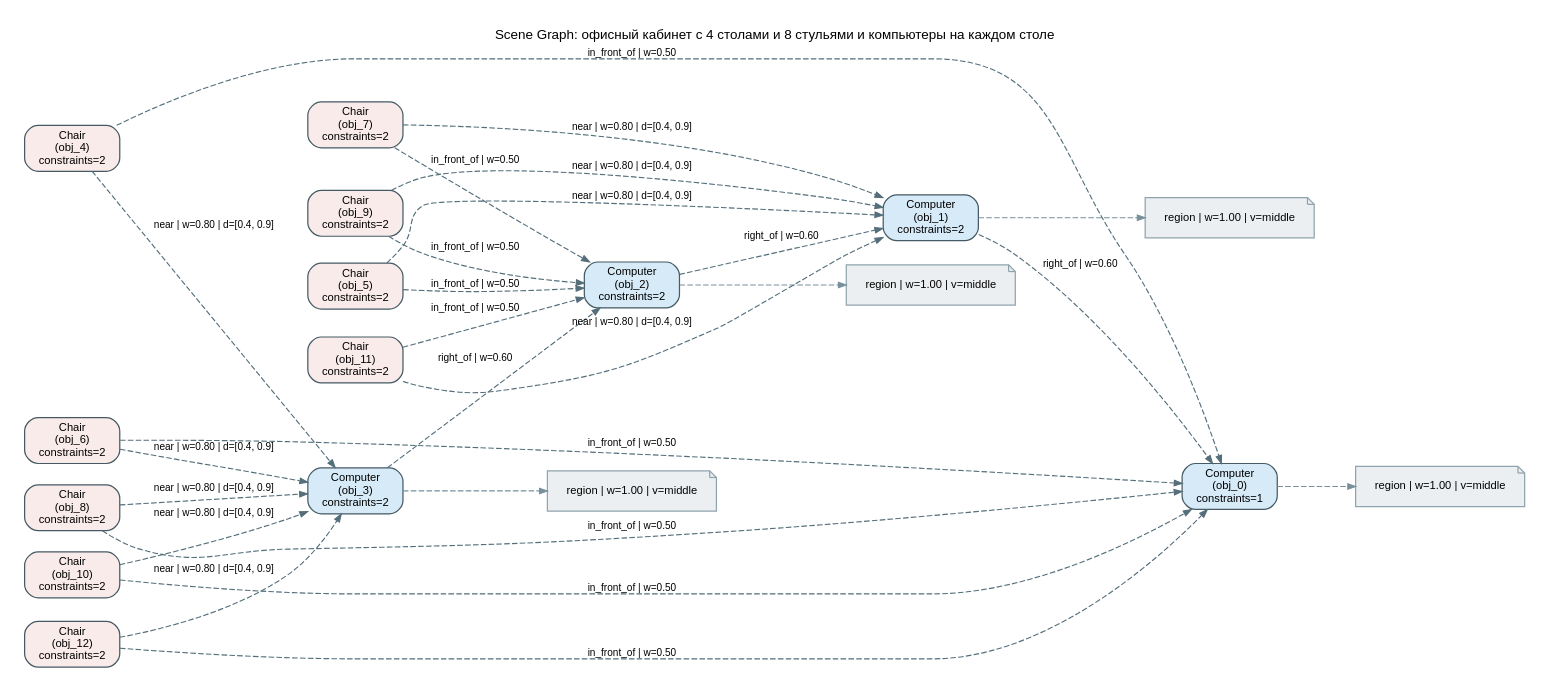
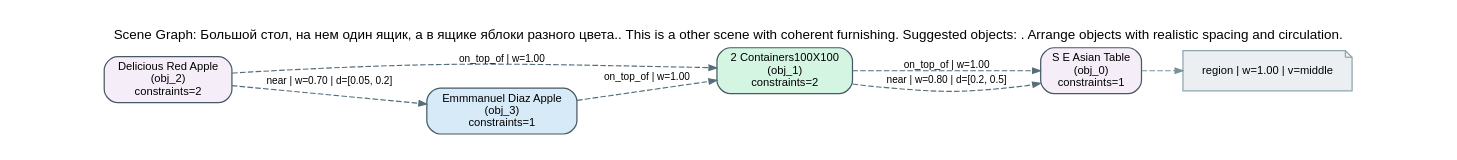
Before and after one commit to sakin153/Master_diploma_thesis: the diagram in scene_graph_latest_viz.dot, drawn with Graphviz. The commit also changed 161 other files, not shown here.

```diff
--- a/scene_graph_latest_viz.dot
+++ b/scene_graph_latest_viz.dot
@@ -1,48 +1,17 @@
 digraph SceneGraph {
   graph [rankdir=LR, fontsize=12, fontname="Helvetica", labelloc=t, pad=0.2];
   node [shape=box, style="rounded,filled", color="#455a64", penwidth=1.1, fontname="Helvetica", fontsize=10];
   edge [color="#546e7a", penwidth=1.0, arrowsize=0.7, fontname="Helvetica", fontsize=9];
-  label="Scene Graph: офисный кабинет с 4 столами и 8 стульями и компьютеры на каждом столе";
-  "obj_0" [label="Computer\n(obj_0)\nconstraints=1", fillcolor="#d6eaf8"];
-  "obj_1" [label="Computer\n(obj_1)\nconstraints=2", fillcolor="#d6eaf8"];
-  "obj_2" [label="Computer\n(obj_2)\nconstraints=2", fillcolor="#d6eaf8"];
-  "obj_3" [label="Computer\n(obj_3)\nconstraints=2", fillcolor="#d6eaf8"];
-  "obj_4" [label="Chair\n(obj_4)\nconstraints=2", fillcolor="#f9ebea"];
-  "obj_5" [label="Chair\n(obj_5)\nconstraints=2", fillcolor="#f9ebea"];
-  "obj_6" [label="Chair\n(obj_6)\nconstraints=2", fillcolor="#f9ebea"];
-  "obj_7" [label="Chair\n(obj_7)\nconstraints=2", fillcolor="#f9ebea"];
-  "obj_8" [label="Chair\n(obj_8)\nconstraints=2", fillcolor="#f9ebea"];
-  "obj_9" [label="Chair\n(obj_9)\nconstraints=2", fillcolor="#f9ebea"];
-  "obj_10" [label="Chair\n(obj_10)\nconstraints=2", fillcolor="#f9ebea"];
-  "obj_11" [label="Chair\n(obj_11)\nconstraints=2", fillcolor="#f9ebea"];
-  "obj_12" [label="Chair\n(obj_12)\nconstraints=2", fillcolor="#f9ebea"];
+  label="Scene Graph: Большой стол, на нем один ящик, а в ящике яблоки разного цвета.. This is a other scene with coherent furnishing. Suggested objects: . Arrange objects with realistic spacing and circulation.";
+  "obj_0" [label="S E Asian Table\n(obj_0)\nconstraints=1", fillcolor="#f5eef8"];
+  "obj_1" [label="2 Containers100X100\n(obj_1)\nconstraints=2", fillcolor="#d5f5e3"];
+  "obj_2" [label="Delicious Red Apple\n(obj_2)\nconstraints=2", fillcolor="#f5eef8"];
+  "obj_3" [label="Emmmanuel Diaz Apple\n(obj_3)\nconstraints=1", fillcolor="#d6eaf8"];
   "virtual_1" [shape=note, fillcolor="#eceff1", label="region | w=1.00 | v=middle", color="#90a4ae"];
   "obj_0" -> "virtual_1" [style="dashed", color="#78909c"];
-  "virtual_2" [shape=note, fillcolor="#eceff1", label="region | w=1.00 | v=middle", color="#90a4ae"];
-  "obj_1" -> "virtual_2" [style="dashed", color="#78909c"];
-  "obj_1" -> "obj_0" [label="right_of | w=0.60", style="dashed"];
-  "virtual_3" [shape=note, fillcolor="#eceff1", label="region | w=1.00 | v=middle", color="#90a4ae"];
-  "obj_2" -> "virtual_3" [style="dashed", color="#78909c"];
-  "obj_2" -> "obj_1" [label="right_of | w=0.60", style="dashed"];
-  "virtual_4" [shape=note, fillcolor="#eceff1", label="region | w=1.00 | v=middle", color="#90a4ae"];
-  "obj_3" -> "virtual_4" [style="dashed", color="#78909c"];
-  "obj_3" -> "obj_2" [label="right_of | w=0.60", style="dashed"];
-  "obj_4" -> "obj_3" [label="near | w=0.80 | d=[0.4, 0.9]", style="dashed"];
-  "obj_4" -> "obj_0" [label="in_front_of | w=0.50", style="dashed"];
-  "obj_5" -> "obj_1" [label="near | w=0.80 | d=[0.4, 0.9]", style="dashed"];
-  "obj_5" -> "obj_2" [label="in_front_of | w=0.50", style="dashed"];
-  "obj_6" -> "obj_3" [label="near | w=0.80 | d=[0.4, 0.9]", style="dashed"];
-  "obj_6" -> "obj_0" [label="in_front_of | w=0.50", style="dashed"];
-  "obj_7" -> "obj_1" [label="near | w=0.80 | d=[0.4, 0.9]", style="dashed"];
-  "obj_7" -> "obj_2" [label="in_front_of | w=0.50", style="dashed"];
-  "obj_8" -> "obj_3" [label="near | w=0.80 | d=[0.4, 0.9]", style="dashed"];
-  "obj_8" -> "obj_0" [label="in_front_of | w=0.50", style="dashed"];
-  "obj_9" -> "obj_1" [label="near | w=0.80 | d=[0.4, 0.9]", style="dashed"];
-  "obj_9" -> "obj_2" [label="in_front_of | w=0.50", style="dashed"];
-  "obj_10" -> "obj_3" [label="near | w=0.80 | d=[0.4, 0.9]", style="dashed"];
-  "obj_10" -> "obj_0" [label="in_front_of | w=0.50", style="dashed"];
-  "obj_11" -> "obj_1" [label="near | w=0.80 | d=[0.4, 0.9]", style="dashed"];
-  "obj_11" -> "obj_2" [label="in_front_of | w=0.50", style="dashed"];
-  "obj_12" -> "obj_3" [label="near | w=0.80 | d=[0.4, 0.9]", style="dashed"];
-  "obj_12" -> "obj_0" [label="in_front_of | w=0.50", style="dashed"];
+  "obj_1" -> "obj_0" [label="on_top_of | w=1.00", style="dashed"];
+  "obj_1" -> "obj_0" [label="near | w=0.80 | d=[0.2, 0.5]", style="dashed"];
+  "obj_2" -> "obj_1" [label="on_top_of | w=1.00", style="dashed"];
+  "obj_2" -> "obj_3" [label="near | w=0.70 | d=[0.05, 0.2]", style="dashed"];
+  "obj_3" -> "obj_1" [label="on_top_of | w=1.00", style="dashed"];
 }
```
